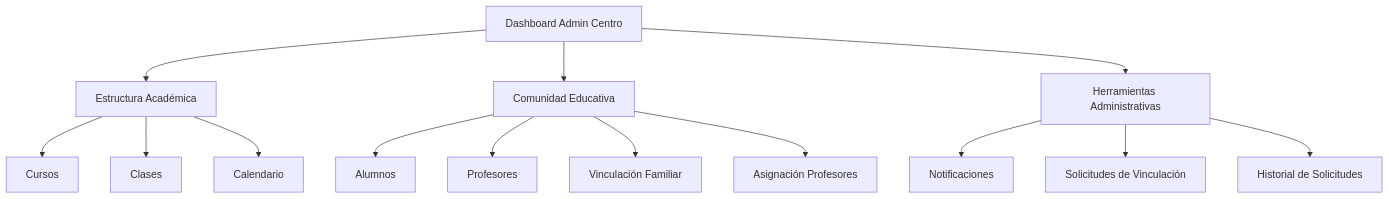
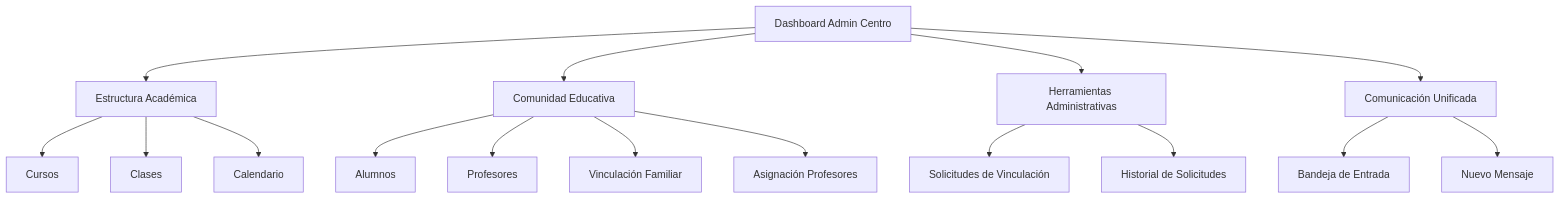
The third of 6 diagrams in docs/Manual_Usuario.md (Nojabeach/UmeEgunero), drawn with Mermaid before and after one commit. The commit also changed other lines of this file and 112 other files, not shown here.

````diff
--- a/docs/Manual_Usuario.md
+++ b/docs/Manual_Usuario.md
@@ -154,19 +154,22 @@
 ```mermaid
 flowchart TD
     AdminCentro[Dashboard Admin Centro] --> EstructuraAcad[Estructura Académica]
     AdminCentro --> ComunidadEduc[Comunidad Educativa]
     AdminCentro --> HerramientasAdmin[Herramientas Administrativas]
+    AdminCentro --> ComUnificada[Comunicación Unificada]
     
     EstructuraAcad --> Cursos[Cursos]
     EstructuraAcad --> Clases[Clases]
     EstructuraAcad --> Calendario[Calendario]
     
     ComunidadEduc --> Alumnos[Alumnos]
     ComunidadEduc --> Profesores[Profesores]
     ComunidadEduc --> VinculacionFam[Vinculación Familiar]
     ComunidadEduc --> AsignacionProf[Asignación Profesores]
     
-    HerramientasAdmin --> Notificaciones[Notificaciones]
-    HerramientasAdmin --> SolicitudesVinc[Solicitudes de Vinculación]
+    ComUnificada --> Bandeja[Bandeja de Entrada]
+    ComUnificada --> Nuevo[Nuevo Mensaje]
+    
+    HerramientasAdmin --> Solicitudes[Solicitudes de Vinculación]
     HerramientasAdmin --> HistorialSolic[Historial de Solicitudes]
 ```
````
